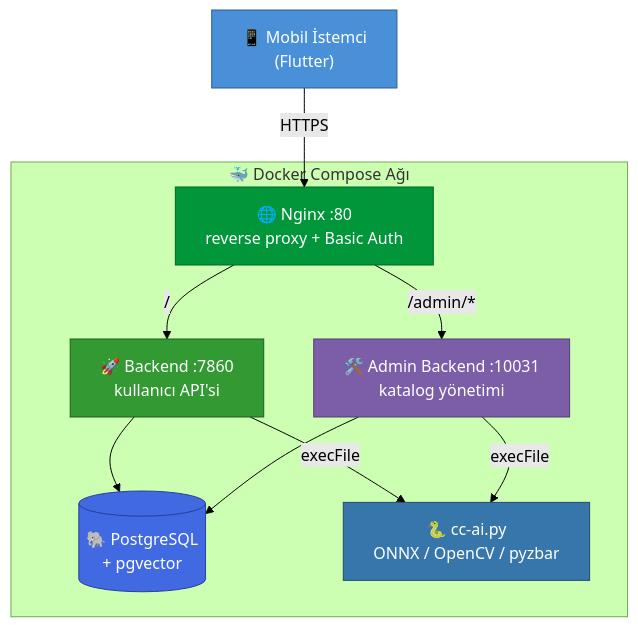
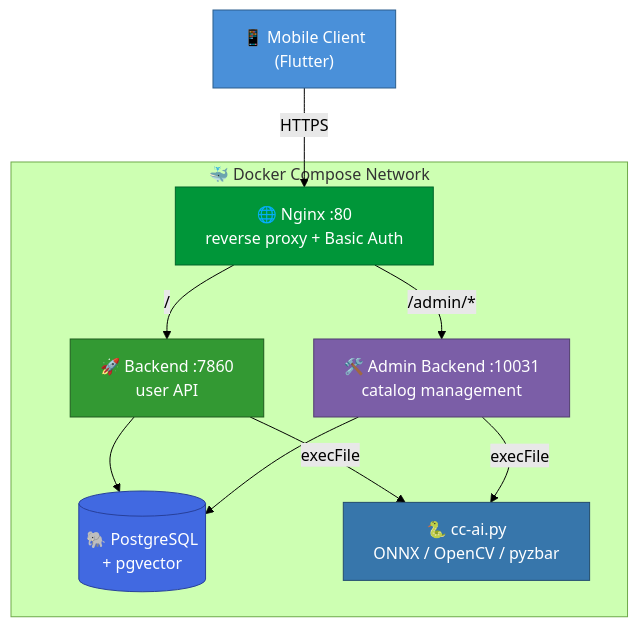
One commit to talhaymn7/clearcart-docker changed the first of 2 diagrams in README.md. Above: the diagram before and after it, drawn with Mermaid (forest theme). The commit also changed other lines of this file, not shown here.

````diff
--- a/README.md
+++ b/README.md
@@ -36,27 +36,27 @@
 ```mermaid
 flowchart TB
-    Client["📱 Mobil İstemci<br/>(Flutter)"]
+    Client["📱 Mobile Client<br/>(Flutter)"]
 
-    subgraph Docker["🐳 Docker Compose Ağı"]
+    subgraph Docker["🐳 Docker Compose Network"]
         Nginx["🌐 Nginx :80<br/>reverse proxy + Basic Auth"]
-        Backend["🚀 Backend :7860<br/>kullanıcı API'si"]
-        Admin["🛠️ Admin Backend :10031<br/>katalog yönetimi"]
+        Backend["🚀 Backend :7860<br/>user API"]
+        Admin["🛠️ Admin Backend :10031<br/>catalog management"]
         DB[("🐘 PostgreSQL<br/>+ pgvector")]
         AI["🐍 cc-ai.py<br/>ONNX / OpenCV / pyzbar"]
     end
 
     Client -->|HTTPS| Nginx
     Nginx -->|"/"| Backend
     Nginx -->|"/admin/*"| Admin
     Backend -->|execFile| AI
     Admin -->|execFile| AI
     Backend --> DB
     Admin --> DB
 
     style Client fill:#4A90D9,stroke:#2C5F8D,color:#fff
     style Nginx fill:#009639,stroke:#00662A,color:#fff
     style Backend fill:#339933,stroke:#1F5C1F,color:#fff
     style Admin fill:#7B5EA7,stroke:#523E70,color:#fff
     style DB fill:#4169E1,stroke:#28409A,color:#fff
     style AI fill:#3776AB,stroke:#234B6E,color:#fff
 ```
````
